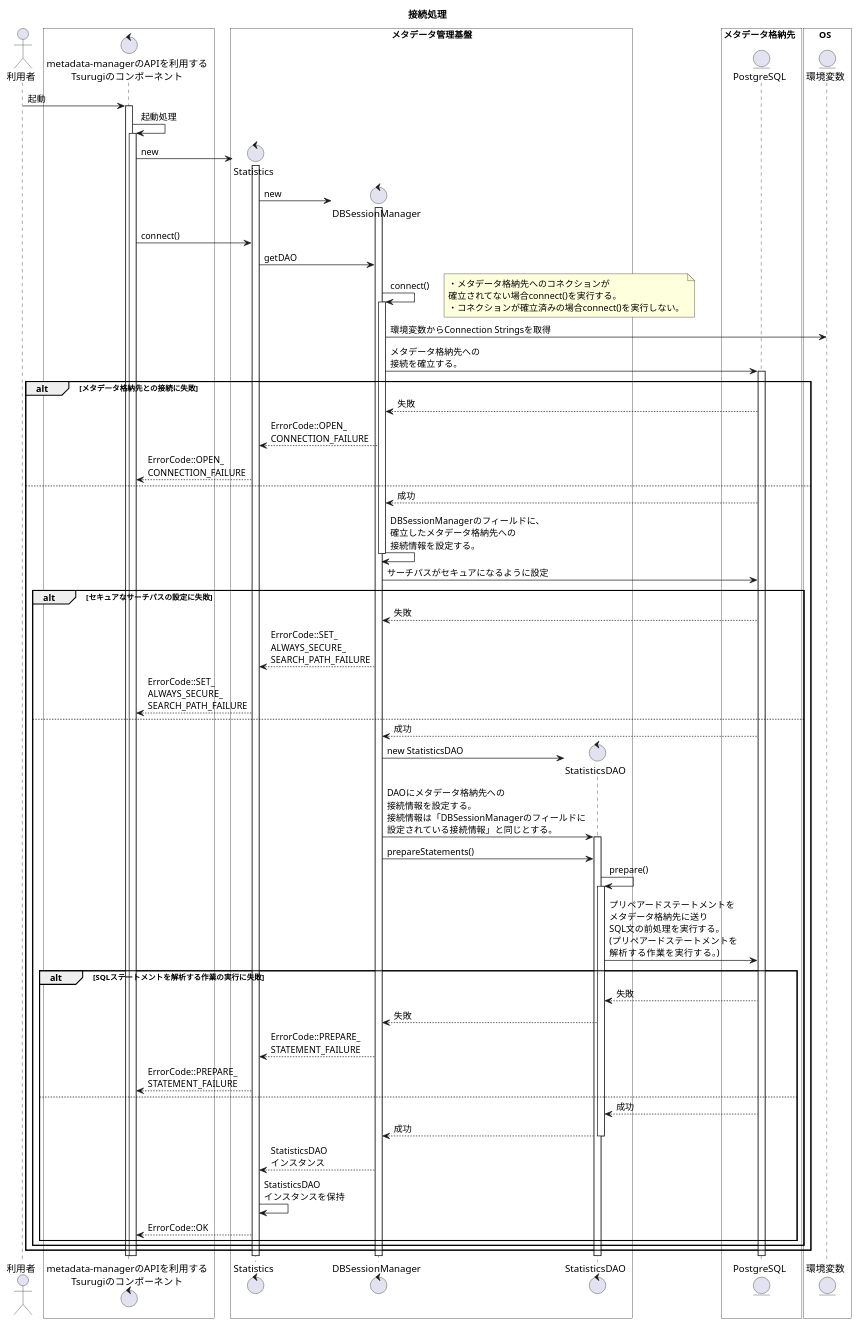
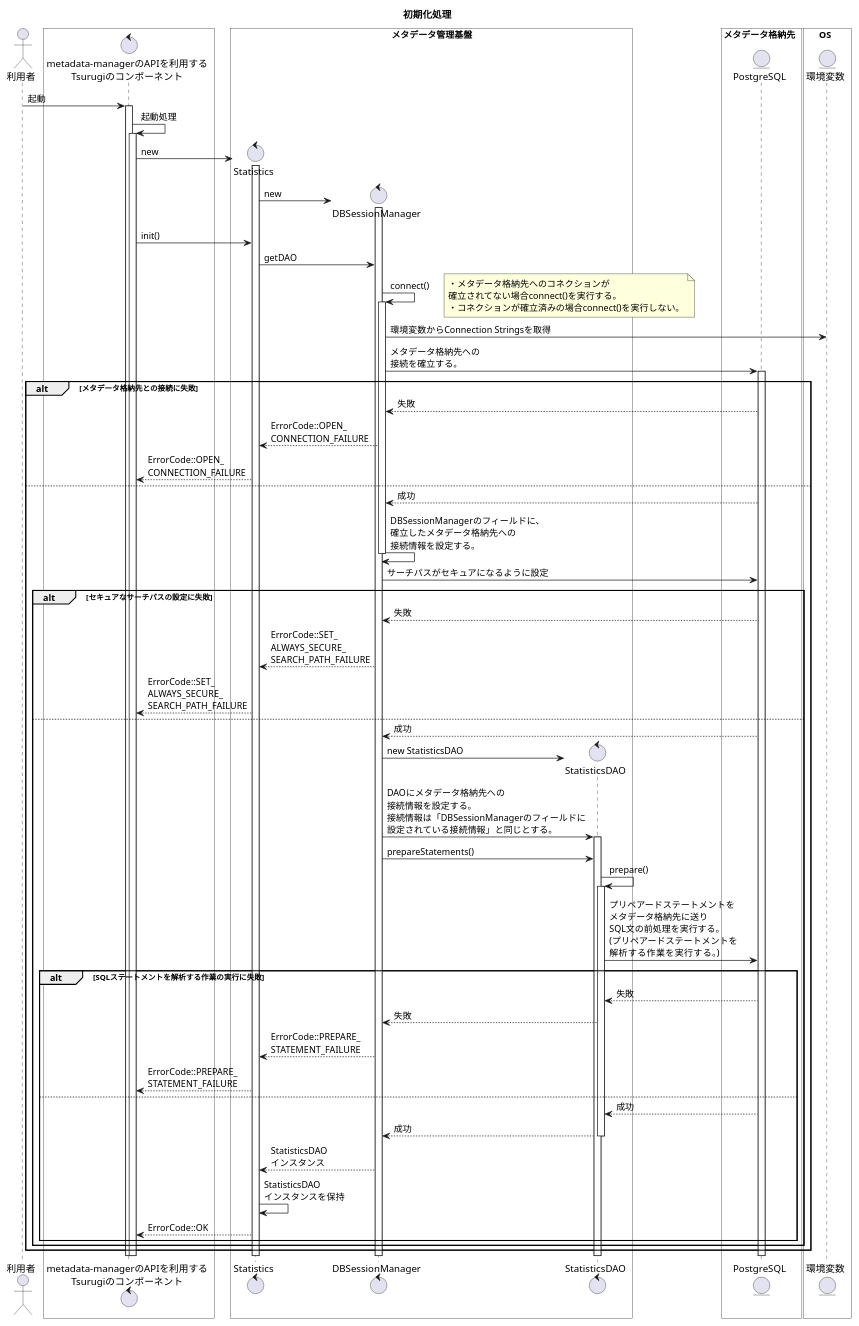
Before and after one commit to project-tsurugi/metadata-manager: the first of 12 diagrams in metadata-manager/docs/statistic/02.FD/uml/SequenceDiagram_detail.pu, drawn with PlantUML. The commit also changed other lines of this file and 18 other files, not shown here.

```diff
--- a/metadata-manager/docs/statistic/02.FD/uml/SequenceDiagram_detail.pu
+++ b/metadata-manager/docs/statistic/02.FD/uml/SequenceDiagram_detail.pu
@@ -1,82 +1,82 @@
 @startuml
-title 接続処理
+title 初期化処理
 
 actor 利用者 as user
 box #White
 control "metadata-managerのAPIを利用する\nTsurugiのコンポーネント" as ogawayama
 end box
 box "メタデータ管理基盤" #White
 control "Statistics" as Statistics
 control "DBSessionManager" as DBSessionManager
 control "StatisticsDAO" as StatisticsDAO
 end box
 box メタデータ格納先  #White
 entity "PostgreSQL" as metadata_storage
 end box
 box OS  #White
 entity "環境変数" as env_variable
 end box
 
 user -> ogawayama : 起動
 activate ogawayama
 ogawayama -> ogawayama : 起動処理
 activate ogawayama
 create Statistics
 ogawayama -> Statistics : new
 activate Statistics
 create DBSessionManager
 Statistics -> DBSessionManager : new
 activate DBSessionManager
-ogawayama -> Statistics : connect()
+ogawayama -> Statistics : init()
 Statistics -> DBSessionManager : getDAO
 DBSessionManager -> DBSessionManager : connect()
 note right
 ・メタデータ格納先へのコネクションが
 確立されてない場合connect()を実行する。
 ・コネクションが確立済みの場合connect()を実行しない。
 end note
 activate DBSessionManager
 DBSessionManager -> env_variable : 環境変数からConnection Stringsを取得
 DBSessionManager -> metadata_storage : メタデータ格納先への\n接続を確立する。
 activate metadata_storage
 alt メタデータ格納先との接続に失敗
 DBSessionManager <-- metadata_storage : 失敗
 Statistics <-- DBSessionManager : ErrorCode::OPEN_\nCONNECTION_FAILURE
 ogawayama <-- Statistics : ErrorCode::OPEN_\nCONNECTION_FAILURE
 else
 DBSessionManager <-- metadata_storage : 成功
 DBSessionManager -> DBSessionManager : DBSessionManagerのフィールドに、\n確立したメタデータ格納先への\n接続情報を設定する。
 deactivate DBSessionManager
 DBSessionManager -> metadata_storage : サーチパスがセキュアになるように設定
 alt セキュアなサーチパスの設定に失敗
 DBSessionManager <-- metadata_storage : 失敗
 Statistics <-- DBSessionManager : ErrorCode::SET_\nALWAYS_SECURE_\nSEARCH_PATH_FAILURE
 ogawayama <-- Statistics : ErrorCode::SET_\nALWAYS_SECURE_\nSEARCH_PATH_FAILURE
 else
 DBSessionManager <-- metadata_storage : 成功
 create StatisticsDAO
 DBSessionManager -> StatisticsDAO : new StatisticsDAO
 DBSessionManager -> StatisticsDAO : DAOにメタデータ格納先への\n接続情報を設定する。\n接続情報は「DBSessionManagerのフィールドに\n設定されている接続情報」と同じとする。
 activate StatisticsDAO
 DBSessionManager -> StatisticsDAO : prepareStatements()
 StatisticsDAO -> StatisticsDAO : prepare()
 activate StatisticsDAO
 StatisticsDAO -> metadata_storage : プリペアードステートメントを\nメタデータ格納先に送り\nSQL文の前処理を実行する。\n(プリペアードステートメントを\n解析する作業を実行する。)
 
 alt SQLステートメントを解析する作業の実行に失敗
 StatisticsDAO <-- metadata_storage :失敗
 DBSessionManager <-- StatisticsDAO : 失敗
 Statistics <-- DBSessionManager : ErrorCode::PREPARE_\nSTATEMENT_FAILURE
 ogawayama <-- Statistics : ErrorCode::PREPARE_\nSTATEMENT_FAILURE
 else
 StatisticsDAO <-- metadata_storage : 成功
 DBSessionManager <-- StatisticsDAO : 成功
 deactivate StatisticsDAO
 Statistics <-- DBSessionManager : StatisticsDAO\nインスタンス
 Statistics -> Statistics : StatisticsDAO\nインスタンスを保持
 ogawayama <-- Statistics : ErrorCode::OK
 end
 end
 end
 
 @enduml
```
